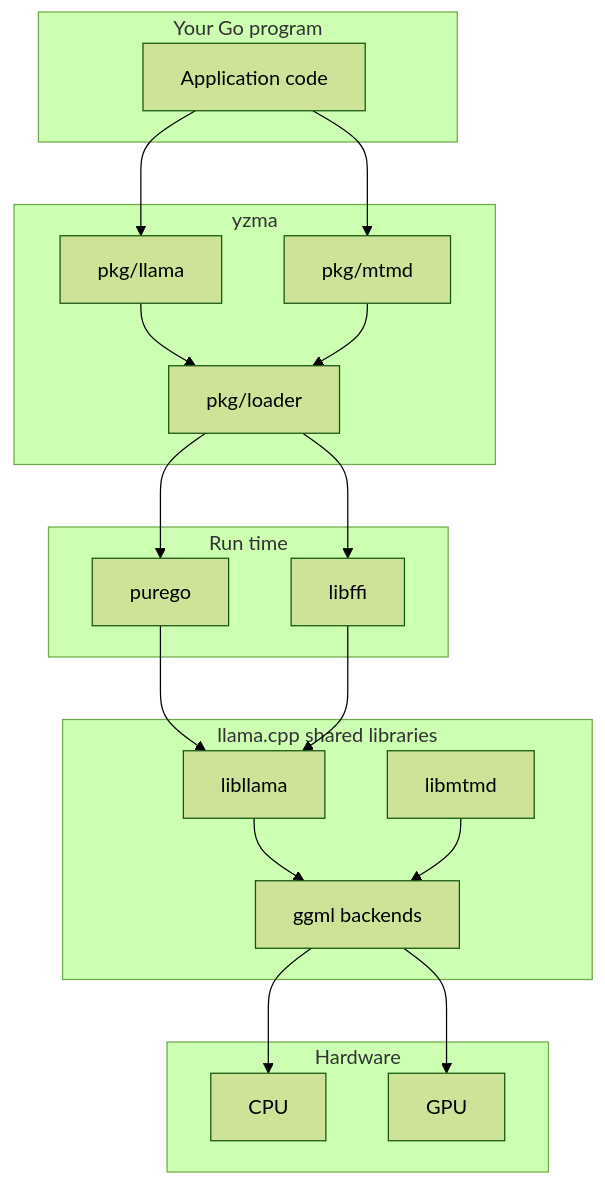
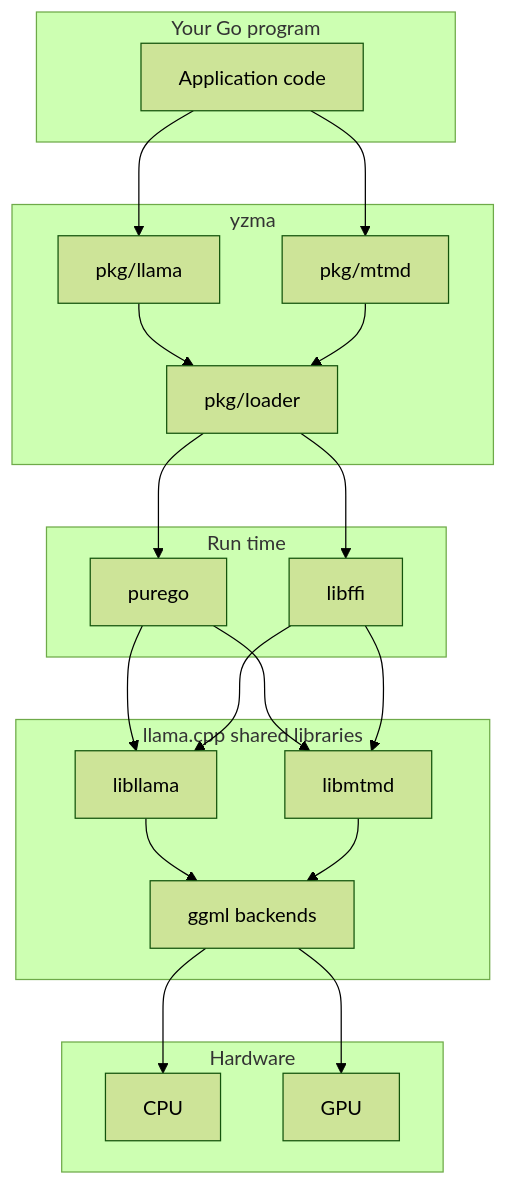
The diagram in content/docs/concepts/architecture.md (hybridgroup/yzma-site), drawn with Mermaid (forest theme) before and after one commit. The commit also changed 11 other files, not shown here.

````diff
--- a/content/docs/concepts/architecture.md
+++ b/content/docs/concepts/architecture.md
@@ -14,37 +14,39 @@
 ```mermaid
 flowchart TD
     subgraph app["Your Go program"]
         code["Application code"]
     end
     subgraph yzma
         llama["pkg/llama"]
         mtmd["pkg/mtmd"]
         loader["pkg/loader"]
     end
     subgraph runtime["Run time"]
         purego["purego"]
         ffi["libffi"]
     end
     subgraph native["llama.cpp shared libraries"]
         libllama["libllama"]
         libmtmd["libmtmd"]
         ggml["ggml backends"]
     end
     subgraph hw["Hardware"]
         cpu["CPU"]
         gpu["GPU"]
     end
 
     code --> llama
     code --> mtmd
     llama --> loader
     mtmd --> loader
     loader --> purego
     loader --> ffi
     purego --> libllama
+    purego --> libmtmd
     ffi --> libllama
+    ffi --> libmtmd
     libllama --> ggml
     libmtmd --> ggml
     ggml --> cpu
     ggml --> gpu
 ```
````
